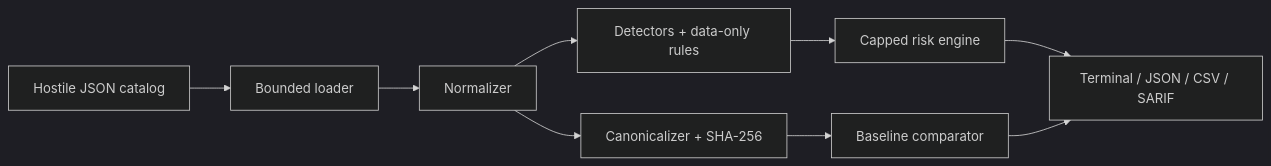
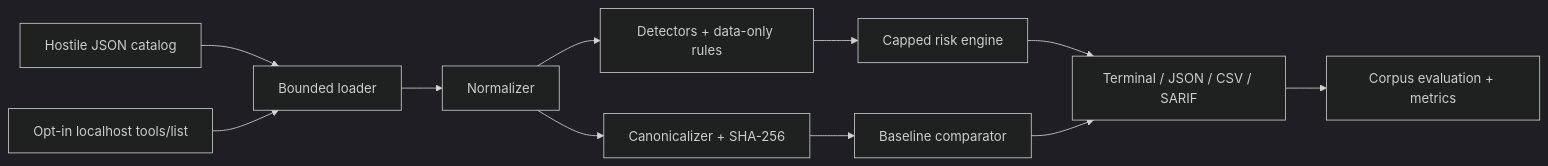
One commit to danveil/mcp-security-inspector changed the diagram in README.md. Above: the diagram before and after it, drawn with Mermaid (dark theme). The commit also changed other lines of this file and 4324 other files, not shown here.

````diff
--- a/README.md
+++ b/README.md
@@ -43,11 +46,13 @@
 ```mermaid
 flowchart LR
   A["Hostile JSON catalog"] --> B["Bounded loader"]
+  I["Opt-in localhost tools/list"] --> B
   B --> C["Normalizer"]
   C --> D["Canonicalizer + SHA-256"]
   C --> E["Detectors + data-only rules"]
   E --> F["Capped risk engine"]
   D --> G["Baseline comparator"]
   F --> H["Terminal / JSON / CSV / SARIF"]
   G --> H
+  H --> J["Corpus evaluation + metrics"]
 ```
````
